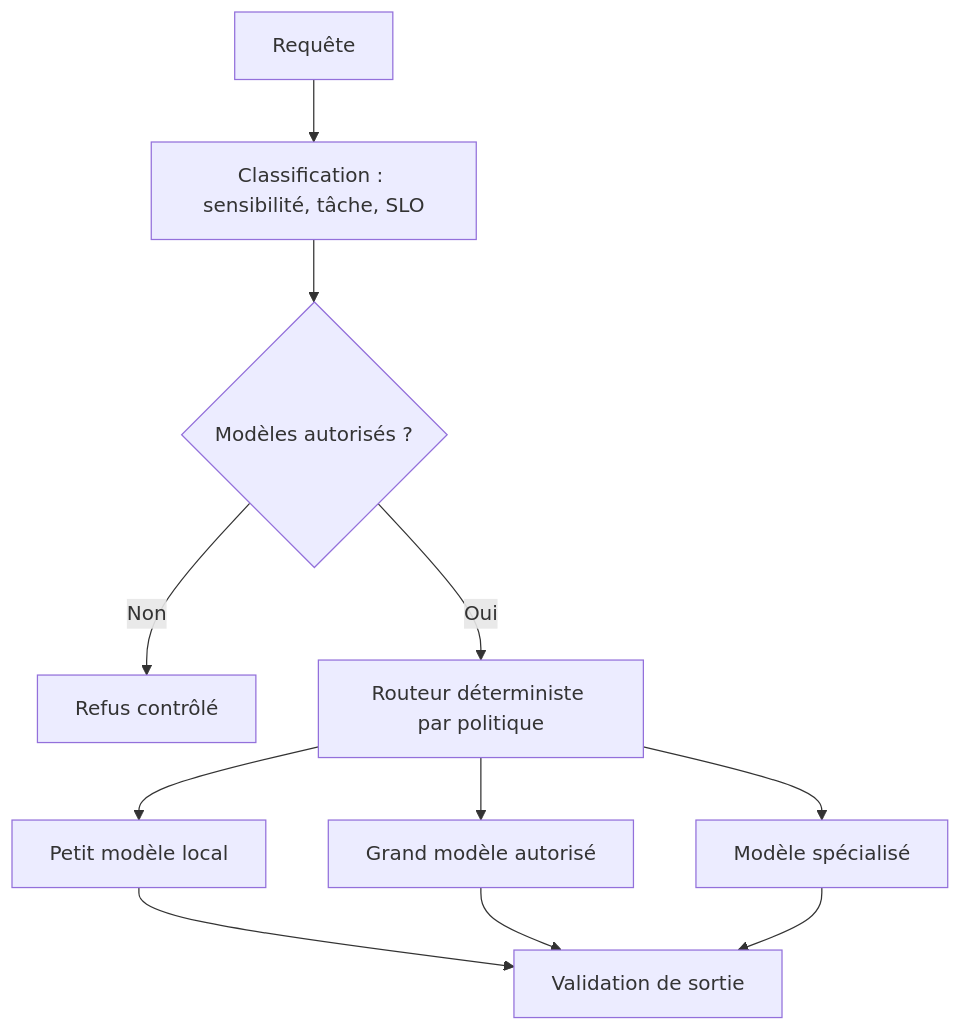
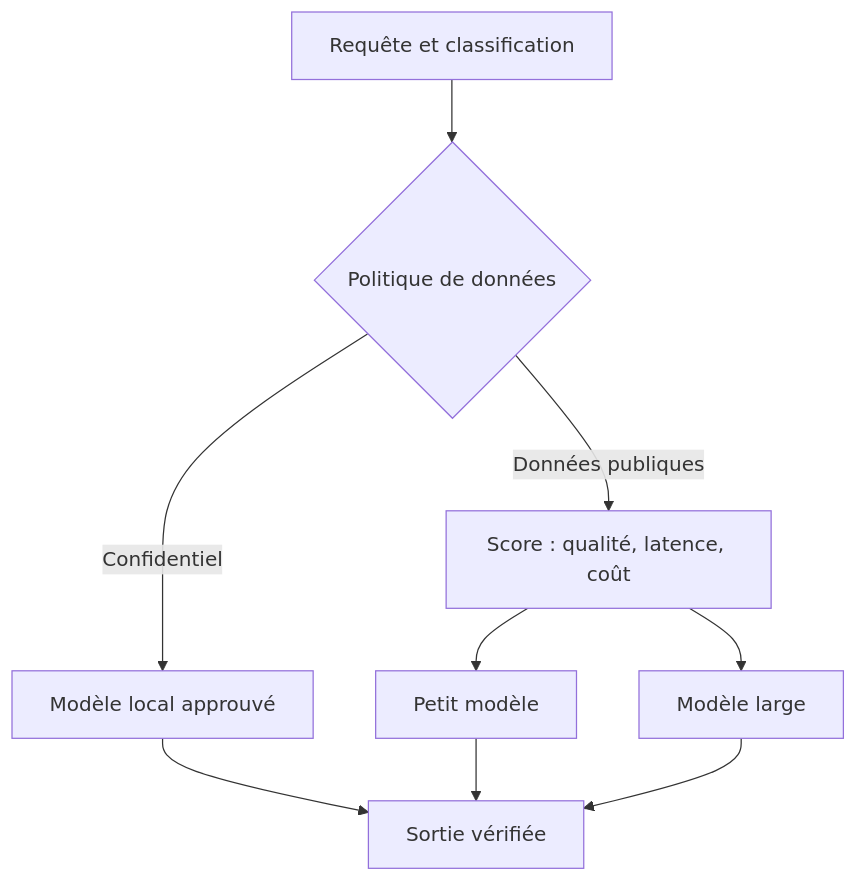
Before and after one commit to zdmooc/enterprise-architecture-patterns-handbook: the first of 2 diagrams in 08-ai-architecture-patterns/03-model-router/README.md, drawn with Mermaid. The commit also changed other lines of this file and 4 other files, not shown here.

````diff
--- a/08-ai-architecture-patterns/03-model-router/README.md
+++ b/08-ai-architecture-patterns/03-model-router/README.md
@@ -17,13 +13,11 @@
-```mermaid
+~~~mermaid
 flowchart TB
- Q["Requête"] --> CLASS["Classification : sensibilité, tâche, SLO"]
- CLASS --> POL{"Modèles autorisés ?"}
- POL -->|Non| STOP["Refus contrôlé"]
- POL -->|Oui| ROUTE["Routeur déterministe par politique"]
- ROUTE --> S["Petit modèle local"]
- ROUTE --> L["Grand modèle autorisé"]
- ROUTE --> X["Modèle spécialisé"]
- S --> V["Validation de sortie"]
- L --> V
- X --> V
-```
+ IN["Requête et classification"] --> POLICY{"Politique de données"}
+ POLICY -->|"Confidentiel"| LOCAL["Modèle local approuvé"]
+ POLICY -->|"Données publiques"| SCORE["Score : qualité, latence, coût"]
+ SCORE --> SIMPLE["Petit modèle"]
+ SCORE --> COMPLEX["Modèle large"]
+ LOCAL --> G["Sortie vérifiée"]
+ SIMPLE --> G
+ COMPLEX --> G
+~~~
````
